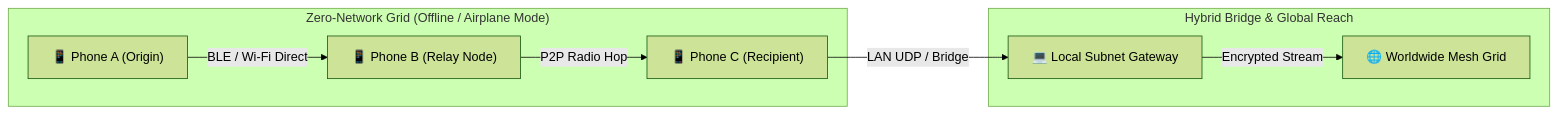
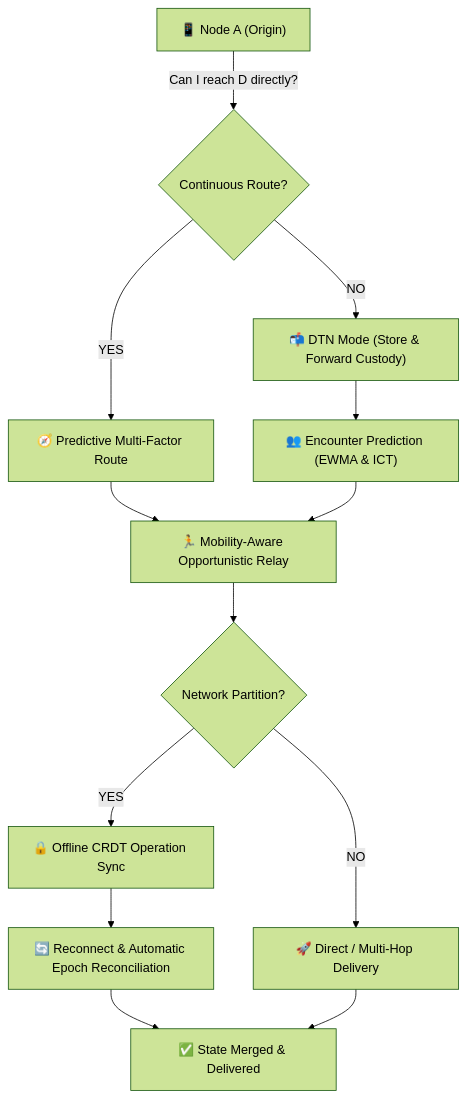
Before and after one commit to vsr-yashwanth/Whisp: the diagram in README.md, drawn with Mermaid (forest theme). The commit also changed other lines of this file, not shown here.

Commit message:
Update README with Whisp V3 architecture and workflow diagrams

````diff
--- a/README.md
+++ b/README.md
@@ -26,12 +22,15 @@
 ```mermaid
-graph LR
-    subgraph "Zero-Network Grid (Offline / Airplane Mode)"
-        PhoneA["📱 Phone A (Origin)"] -- "BLE / Wi-Fi Direct" --> PhoneB["📱 Phone B (Relay Node)"]
-        PhoneB -- "P2P Radio Hop" --> PhoneC["📱 Phone C (Recipient)"]
-    end
-    
-    subgraph "Hybrid Bridge & Global Reach"
-        PhoneC -- "LAN UDP / Bridge" --> Laptop["💻 Local Subnet Gateway"]
-        Laptop -- "Encrypted Stream" --> Worldwide["🌐 Worldwide Mesh Grid"]
-    end
+graph TD
+    A["📱 Node A (Origin)"] -->|"Can I reach D directly?"| B{"Continuous Route?"}
+    B -- "YES" --> C["🧭 Predictive Multi-Factor Route"]
+    B -- "NO" --> D["📬 DTN Mode (Store & Forward Custody)"]
+    D --> E["👥 Encounter Prediction (EWMA & ICT)"]
+    C --> F["🏃 Mobility-Aware Opportunistic Relay"]
+    E --> F
+    F --> G{"Network Partition?"}
+    G -- "YES" --> H["🔒 Offline CRDT Operation Sync"]
+    G -- "NO" --> I["🚀 Direct / Multi-Hop Delivery"]
+    H --> J["🔄 Reconnect & Automatic Epoch Reconciliation"]
+    J --> K["✅ State Merged & Delivered"]
+    I --> K
 ```
````
